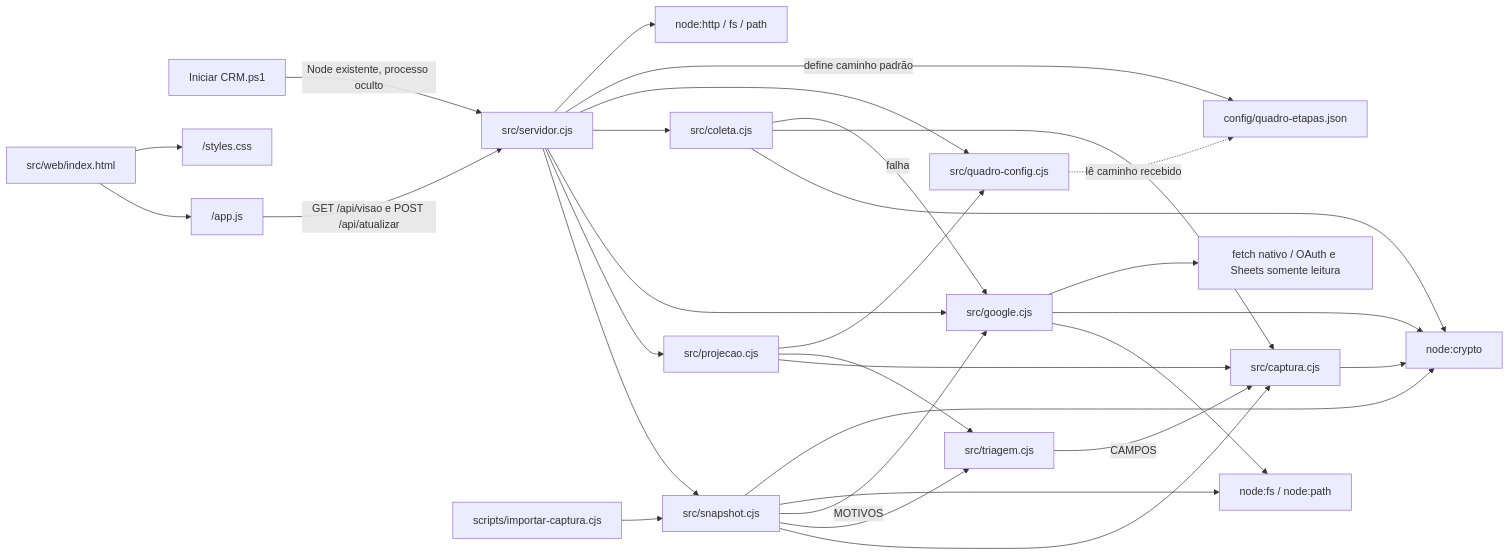
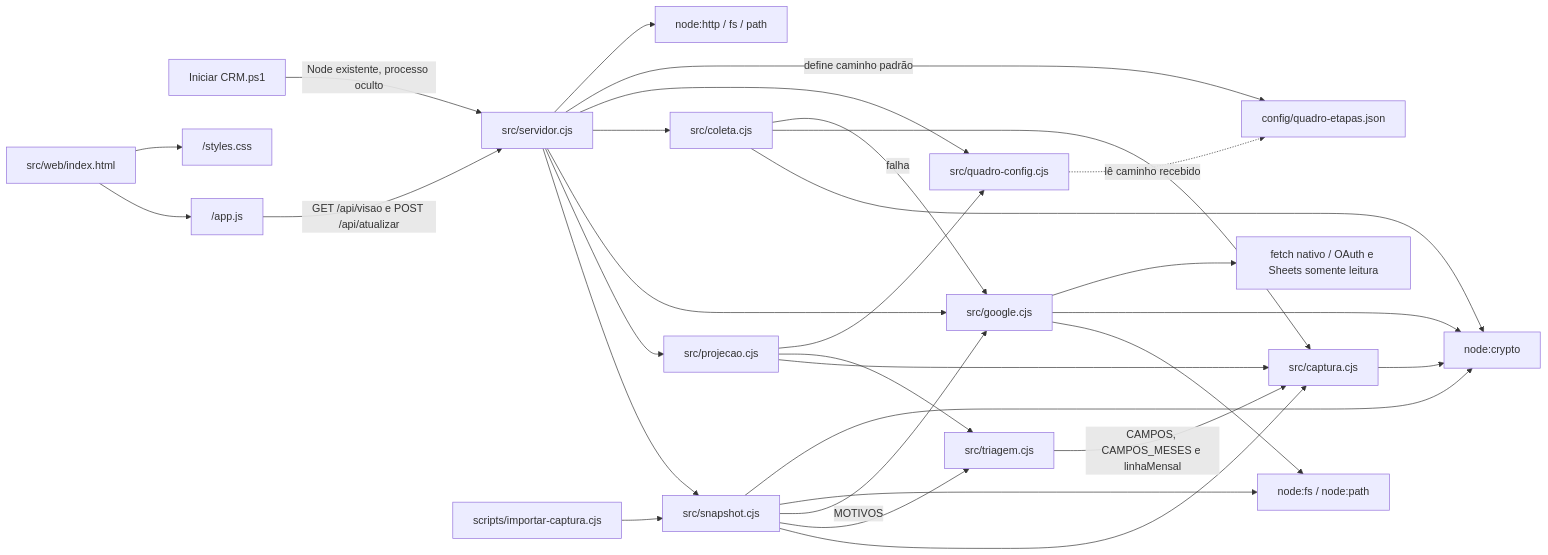
One commit to Browsher/crm-social changed the first of 4 diagrams in docs/architecture.md. Above: the diagram before and after it, drawn with Mermaid. The commit also changed other lines of this file and 29 other files, not shown here.

````diff
--- a/docs/architecture.md
+++ b/docs/architecture.md
@@ -9,32 +9,32 @@
 ```mermaid
 flowchart LR
   Iniciador["Iniciar CRM.ps1"] -->|Node existente, processo oculto| Server
   CLI["scripts/importar-captura.cjs"] --> Snapshot["src/snapshot.cjs"]
   Snapshot --> Captura["src/captura.cjs"]
   Snapshot --> Triagem["src/triagem.cjs"]
   Server["src/servidor.cjs"] --> Snapshot
   Server --> Projecao["src/projecao.cjs"]
   Server --> Google["src/google.cjs"]
   Server --> Coleta["src/coleta.cjs"]
   Snapshot -->|MOTIVOS| Google
   Coleta --> Crypto
   Coleta --> Captura
   Coleta -->|falha| Google
   Google --> FS
   Google --> Crypto
   Google --> Fetch["fetch nativo / OAuth e Sheets somente leitura"]
   Server --> Quadro["src/quadro-config.cjs"]
   Projecao --> Captura
   Projecao --> Triagem
-  Triagem -->|CAMPOS| Captura
+  Triagem -->|CAMPOS, CAMPOS_MESES e linhaMensal| Captura
   Projecao --> Quadro
   Server -->|define caminho padrão| Config["config/quadro-etapas.json"]
   Quadro -.->|lê caminho recebido| Config
   HTML["src/web/index.html"] --> JS["/app.js"]
   HTML --> CSS["/styles.css"]
   JS -->|GET /api/visao e POST /api/atualizar| Server
   Snapshot --> FS["node:fs / node:path"]
   Captura --> Crypto["node:crypto"]
   Snapshot --> Crypto
   Server --> HTTP["node:http / fs / path"]
 ```
````
